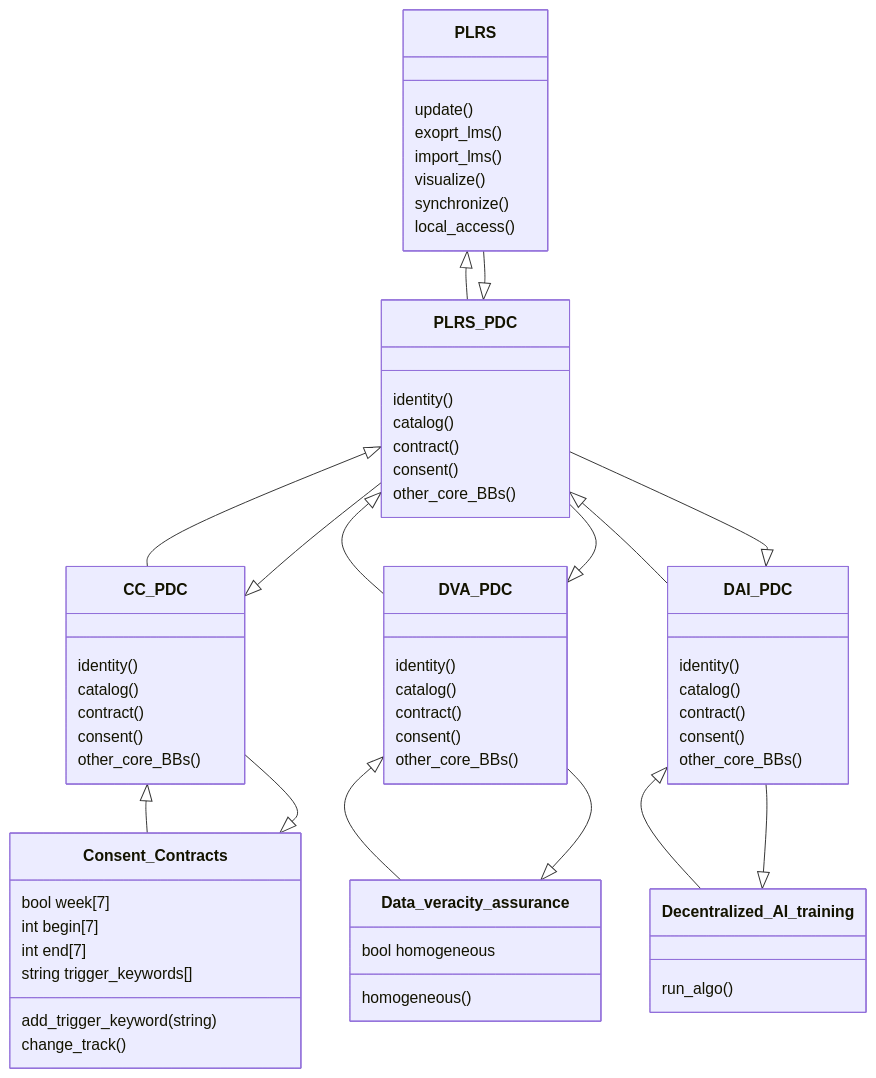
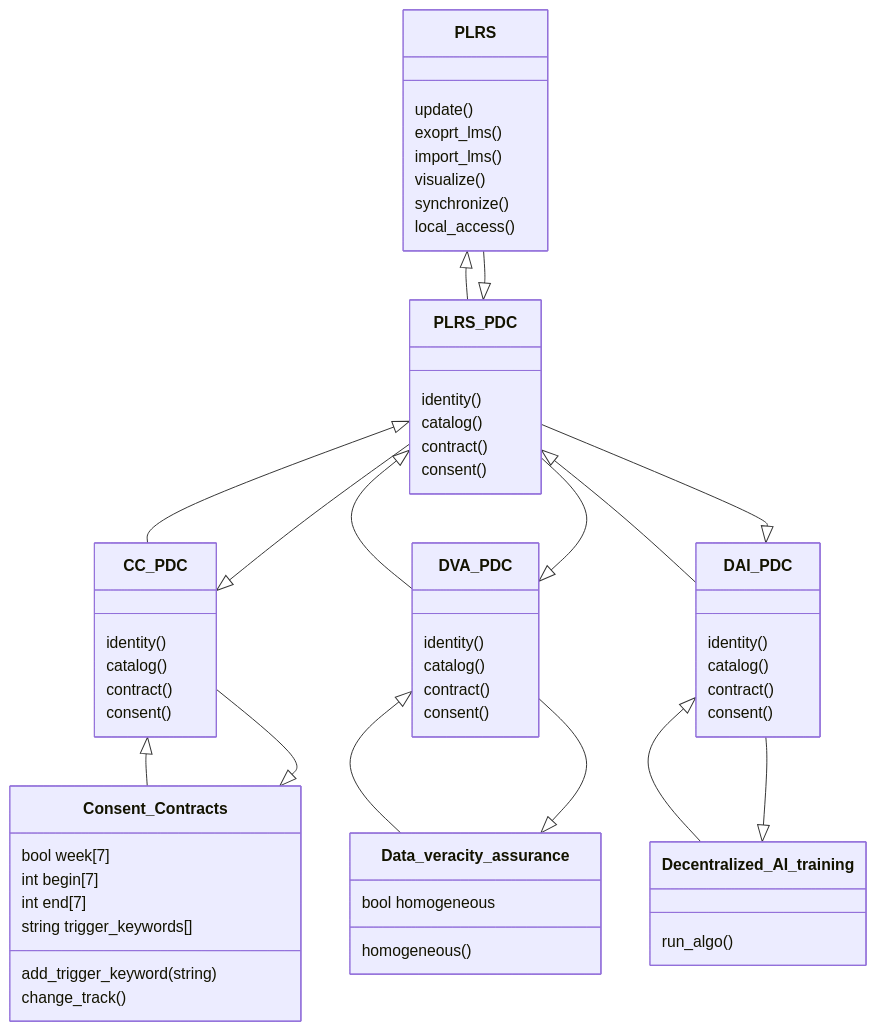
Before and after one commit to Prometheus-X-association/lrs-gateway: the second of 5 diagrams in docs/Personal Learning Record Store BB – Design document.md, drawn with Mermaid. The commit also changed other lines of this file, not shown here.

````diff
--- a/docs/Personal Learning Record Store BB – Design document.md
+++ b/docs/Personal Learning Record Store BB – Design document.md
@@ -659,66 +661,62 @@
 ```mermaid
 classDiagram
    PLRS <|-- PLRS_PDC
    PLRS_PDC <|-- PLRS
    CC_PDC <|-- Consent_Contracts
    Consent_Contracts <|-- CC_PDC
    DVA_PDC <|-- Data_veracity_assurance
    Data_veracity_assurance <|-- DVA_PDC 
    DAI_PDC <|-- Decentralized_AI_training
    Decentralized_AI_training <|-- DAI_PDC
    PLRS_PDC <|-- CC_PDC
    CC_PDC <|-- PLRS_PDC
    PLRS_PDC <|-- DVA_PDC
    DVA_PDC <|-- PLRS_PDC
    PLRS_PDC <|-- DAI_PDC
    DAI_PDC <|-- PLRS_PDC
    PLRS: update()
    PLRS: exoprt_lms()
    PLRS: import_lms()
    PLRS: visualize()
    PLRS: synchronize()
    PLRS: local_access()
    class PLRS_PDC{
      identity()
      catalog()
      contract()
      consent()
-     other_core_BBs()
    }
    class CC_PDC{
      identity()
      catalog()
      contract()
      consent()
-     other_core_BBs()
    }
    class DVA_PDC{
      identity()
      catalog()
      contract()
      consent()
-     other_core_BBs()
    }
    class DAI_PDC{
      identity()
      catalog()
      contract()
      consent()
-     other_core_BBs()
    }
    class Consent_Contracts{
      bool week[7]
      int begin[7]
      int end[7]
      string trigger_keywords[]
      add_trigger_keyword(string)
      change_track()
    }
    class Data_veracity_assurance{
      bool homogeneous
      homogeneous()
    }
    class Decentralized_AI_training{
      run_algo()
    }
 ```
````
